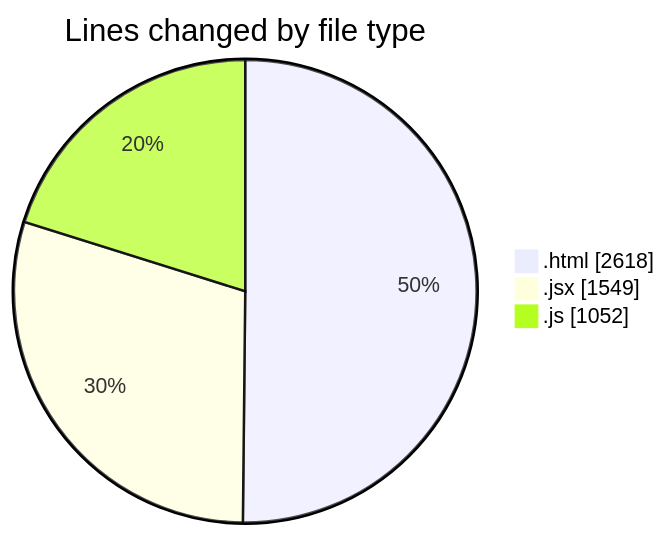
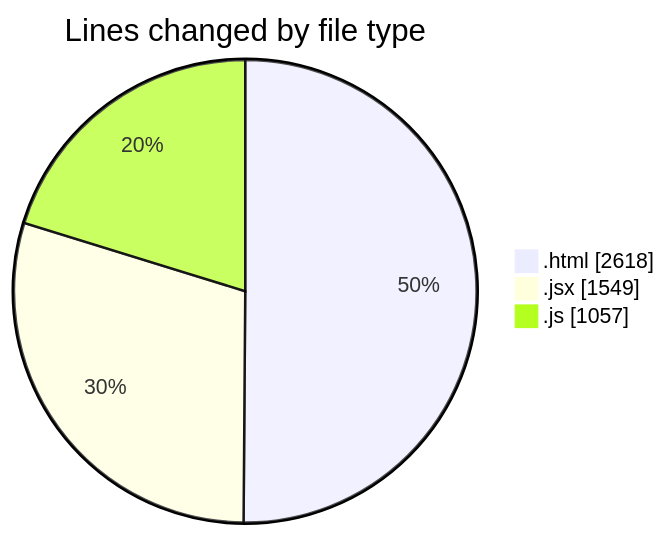
Before and after one commit to nxtqubesakshisongat/code-tracking: the first of 2 diagrams in 2025-08-08/nxtqube_webapp/README.md, drawn with Mermaid. The commit also changed other lines of this file and 1 other file, not shown here.

````diff
--- a/2025-08-08/nxtqube_webapp/README.md
+++ b/2025-08-08/nxtqube_webapp/README.md
@@ -23,7 +23,7 @@
 ```mermaid
 pie showData
 title Lines changed by file type
 ".html" : 2618
 ".jsx" : 1549
-".js" : 1052
+".js" : 1057
 ```
````
